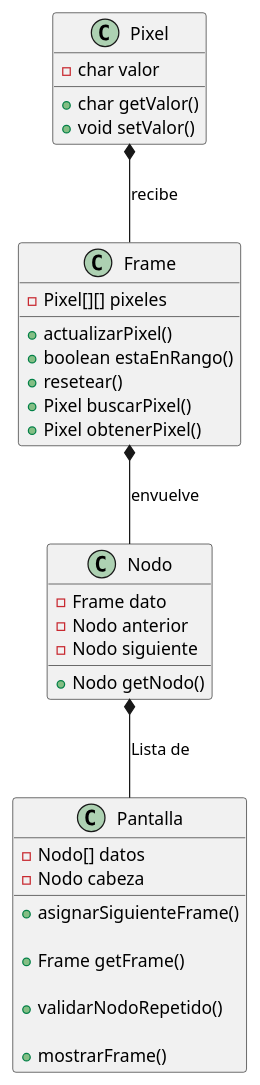
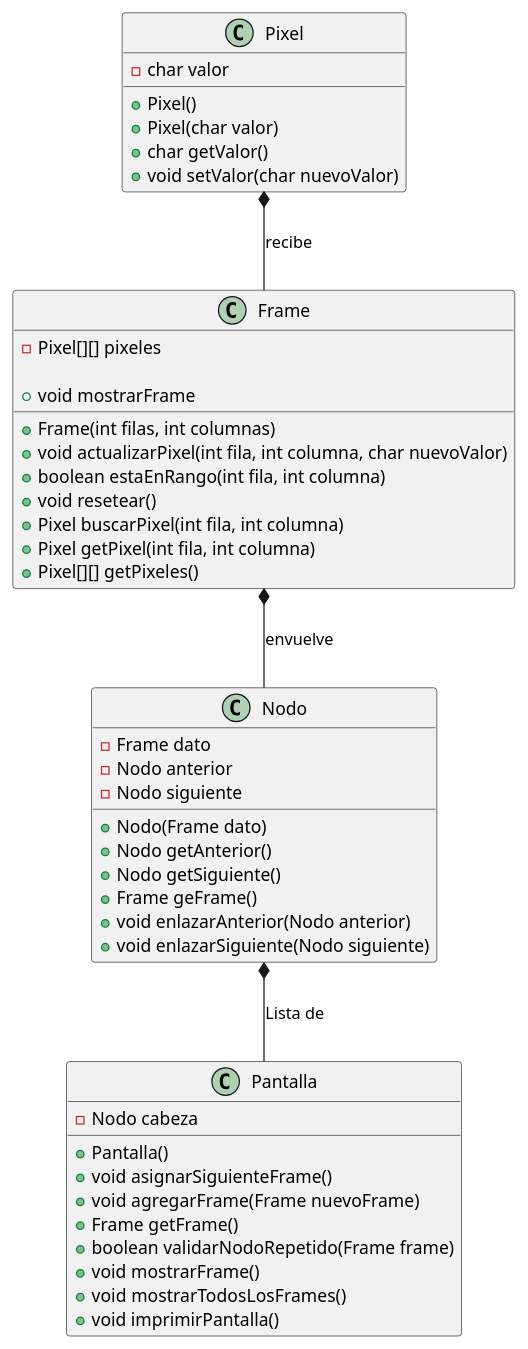
Before and after one commit to mmasias/24-25-EDA2: the diagram in entregas/romeroAngel/reto-001/ModoEntrelazado.puml, drawn with PlantUML.

Commit message:
Actualización del PUML acorde al código mejorado.

```diff
--- a/entregas/romeroAngel/reto-001/ModoEntrelazado.puml
+++ b/entregas/romeroAngel/reto-001/ModoEntrelazado.puml
@@ -1,46 +1,57 @@
 @startuml ModoEntrelazado
 
 class Pixel {
     - char valor
 
+    + Pixel()
+    + Pixel(char valor)
     + char getValor()
-    + void setValor()
+    + void setValor(char nuevoValor)
 }
 
 class Frame {
     - Pixel[][] pixeles
 
-    + actualizarPixel()
-    + boolean estaEnRango()
-    + resetear()
-    + Pixel buscarPixel()
-    + Pixel obtenerPixel()
+    + Frame(int filas, int columnas)
+    + void actualizarPixel(int fila, int columna, char nuevoValor)
+    + boolean estaEnRango(int fila, int columna)
+    + void resetear()
+    + Pixel buscarPixel(int fila, int columna)
+    + Pixel getPixel(int fila, int columna)
+    + Pixel[][] getPixeles()
+    + void mostrarFrame
 }
 
 class Nodo {
     - Frame dato
     - Nodo anterior
     - Nodo siguiente
 
-    + Nodo getNodo()
+    + Nodo(Frame dato)
+    + Nodo getAnterior()
+    + Nodo getSiguiente()
+    + Frame geFrame()
+    + void enlazarAnterior(Nodo anterior)
+    + void enlazarSiguiente(Nodo siguiente)
 }
 
 class Pantalla {
-    - Nodo[] datos
     - Nodo cabeza
 
-    + asignarSiguienteFrame()
+    + Pantalla()
+    + void asignarSiguienteFrame()
+    + void agregarFrame(Frame nuevoFrame)
+    + Frame getFrame()
+    + boolean validarNodoRepetido(Frame frame)
+    + void mostrarFrame()
+    + void mostrarTodosLosFrames()
+    + void imprimirPantalla()
 
-    + Frame getFrame()
-
-    + validarNodoRepetido()
-
-    + mostrarFrame()
 
 }
 
 Pixel *-- Frame : recibe
 Frame *-- Nodo : envuelve
 Nodo *-- Pantalla : Lista de
 
 @enduml
```
